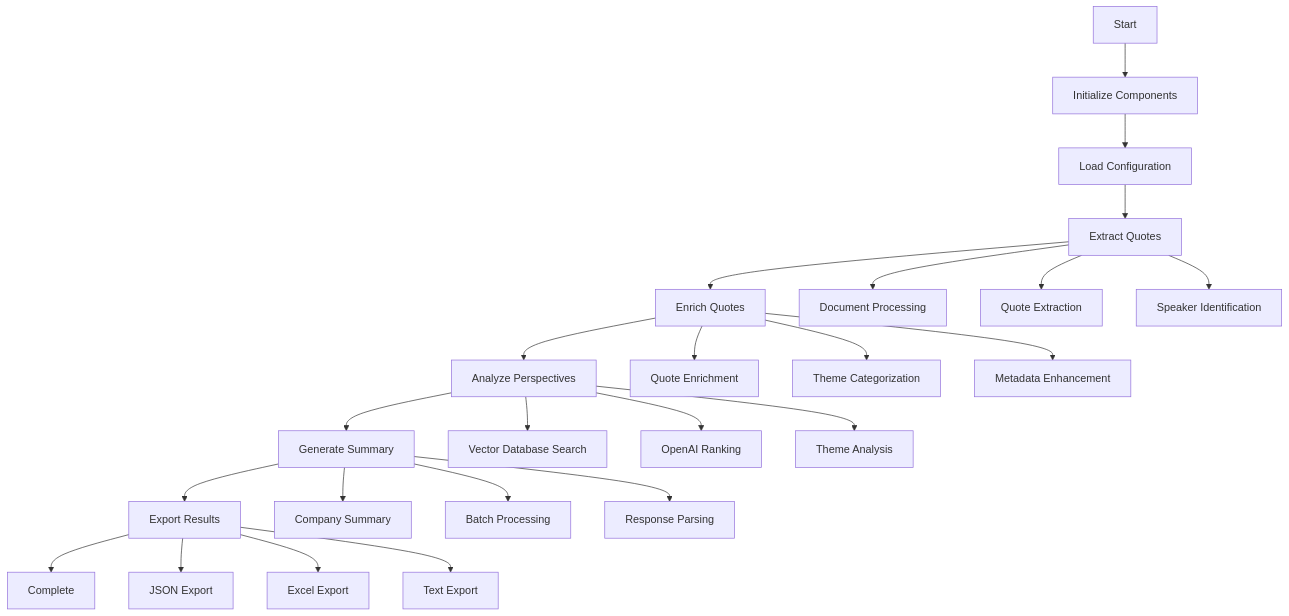
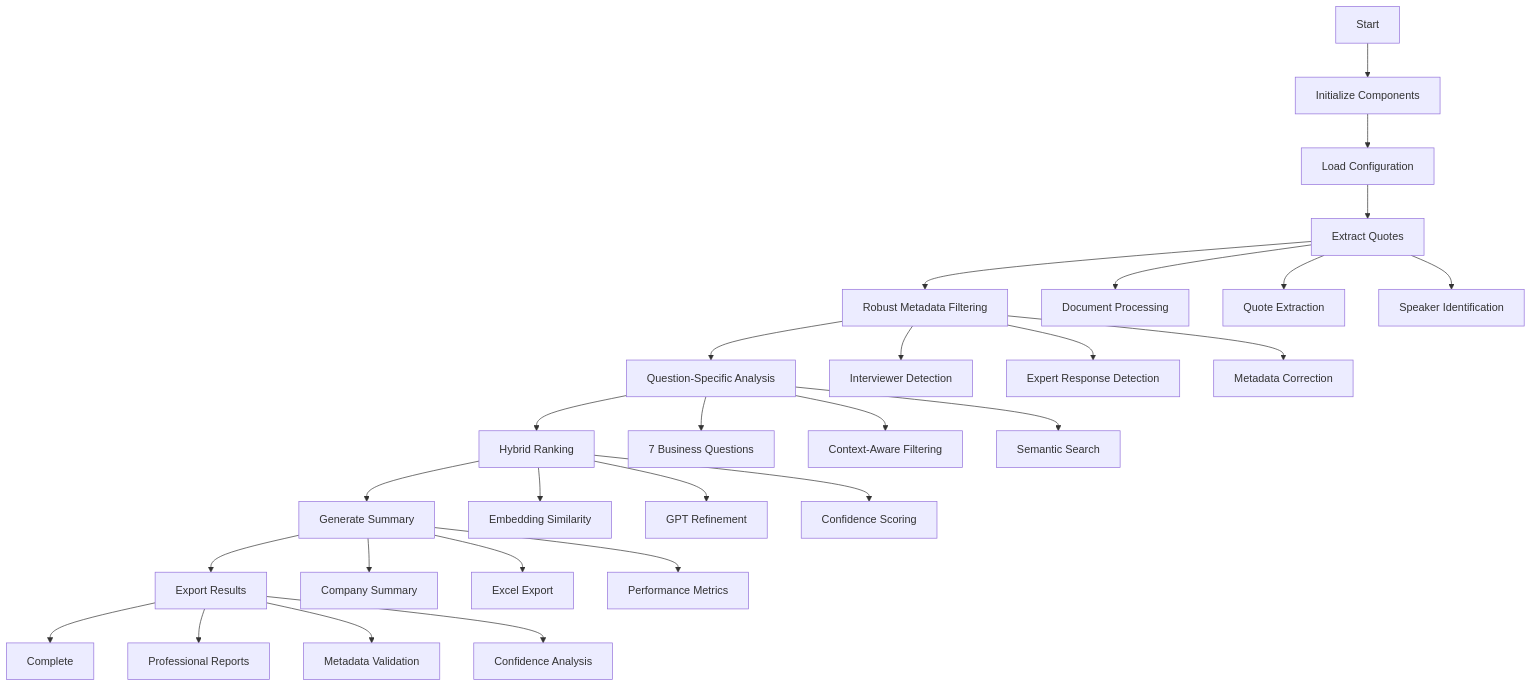
Before and after one commit to prodriguez1120/transcript-summary: the first of 6 diagrams in WORKFLOW_MANIFEST.md, drawn with Mermaid. The commit also changed other lines of this file and 52 other files, not shown here.

Commit message:
Refactor configuration system and streamline quote analysis workflow

````diff
--- a/WORKFLOW_MANIFEST.md
+++ b/WORKFLOW_MANIFEST.md
@@ -42,31 +39,36 @@
 ```mermaid
 graph TD
     A[Start] --> B[Initialize Components]
     B --> C[Load Configuration]
     C --> D[Extract Quotes]
-    D --> E[Enrich Quotes]
-    E --> F[Analyze Perspectives]
-    F --> G[Generate Summary]
-    G --> H[Export Results]
-    H --> I[Complete]
+    D --> E[Robust Metadata Filtering]
+    E --> F[Question-Specific Analysis]
+    F --> G[Hybrid Ranking]
+    G --> H[Generate Summary]
+    H --> I[Export Results]
+    I --> J[Complete]
     
     D --> D1[Document Processing]
     D --> D2[Quote Extraction]
     D --> D3[Speaker Identification]
     
-    E --> E1[Quote Enrichment]
-    E --> E2[Theme Categorization]
-    E --> E3[Metadata Enhancement]
+    E --> E1[Interviewer Detection]
+    E --> E2[Expert Response Detection]
+    E --> E3[Metadata Correction]
     
-    F --> F1[Vector Database Search]
-    F --> F2[OpenAI Ranking]
-    F --> F3[Theme Analysis]
+    F --> F1[7 Business Questions]
+    F --> F2[Context-Aware Filtering]
+    F --> F3[Semantic Search]
     
-    G --> G1[Company Summary]
-    G --> G2[Batch Processing]
-    G --> G3[Response Parsing]
+    G --> G1[Embedding Similarity]
+    G --> G2[GPT Refinement]
+    G --> G3[Confidence Scoring]
     
-    H --> H1[JSON Export]
+    H --> H1[Company Summary]
     H --> H2[Excel Export]
-    H --> H3[Text Export]
+    H --> H3[Performance Metrics]
+    
+    I --> I1[Professional Reports]
+    I --> I2[Metadata Validation]
+    I --> I3[Confidence Analysis]
 ```
````
